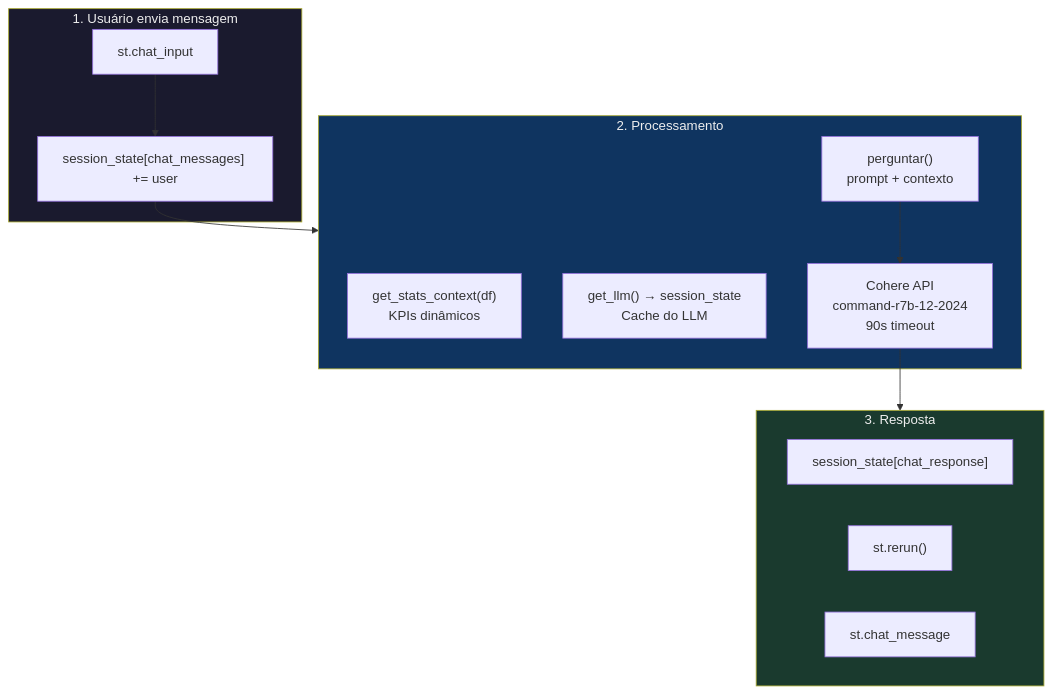
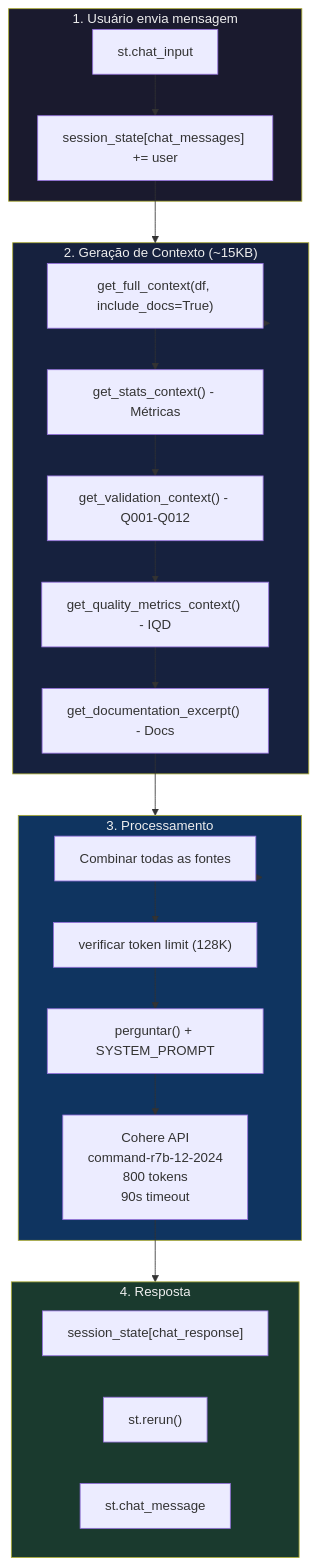
One commit to cavalcanteprofissional/sanova-micromedicao-dashboard changed the eighth of 9 diagrams in README.md. Above: the diagram before and after it, drawn with Mermaid. The commit also changed other lines of this file and 9 other files, not shown here.

````diff
--- a/README.md
+++ b/README.md
@@ -237,27 +425,37 @@
 ```mermaid
 flowchart TD
     subgraph INPUT["1. Usuário envia mensagem"]
         A1["st.chat_input"]
         A2["session_state[chat_messages] += user"]
     end
 
-    subgraph PROCESS["2. Processamento"]
-        B1["get_stats_context(df)\nKPIs dinâmicos"]
-        B2["get_llm() → session_state\nCache do LLM"]
-        B3["perguntar()\nprompt + contexto"]
-        B4["Cohere API\ncommand-r7b-12-2024\n90s timeout"]
+    subgraph CONTEXT["2. Geração de Contexto (~15KB)"]
+        C1["get_full_context(df, include_docs=True)"]
+        C2["get_stats_context() - Métricas"]
+        C3["get_validation_context() - Q001-Q012"]
+        C4["get_quality_metrics_context() - IQD"]
+        C5["get_documentation_excerpt() - Docs"]
     end
 
-    subgraph OUTPUT["3. Resposta"]
-        C1["session_state[chat_response]"]
-        C2["st.rerun()"]
-        C3["st.chat_message"]
+    subgraph PROCESS["3. Processamento"]
+        B1["Combinar todas as fontes"]
+        B2["verificar token limit (128K)"]
+        B3["perguntar() + SYSTEM_PROMPT"]
+        B4["Cohere API\ncommand-r7b-12-2024\n800 tokens\n90s timeout"]
     end
 
-    A1 --> A2 --> PROCESS
-    B3 --> B4 --> OUTPUT
+    subgraph OUTPUT["4. Resposta"]
+        O1["session_state[chat_response]"]
+        O2["st.rerun()"]
+        O3["st.chat_message"]
+    end
+
+    A1 --> A2 --> CONTEXT
+    CONTEXT --> C1 --> C2 --> C3 --> C4 --> C5 --> PROCESS
+    PROCESS --> B1 --> B2 --> B3 --> B4 --> OUTPUT
 
     style INPUT fill:#1a1a2e,color:#eee
+    style CONTEXT fill:#16213e,color:#eee
     style PROCESS fill:#0f3460,color:#eee
     style OUTPUT fill:#1a3a2e,color:#eee
 ```
````
